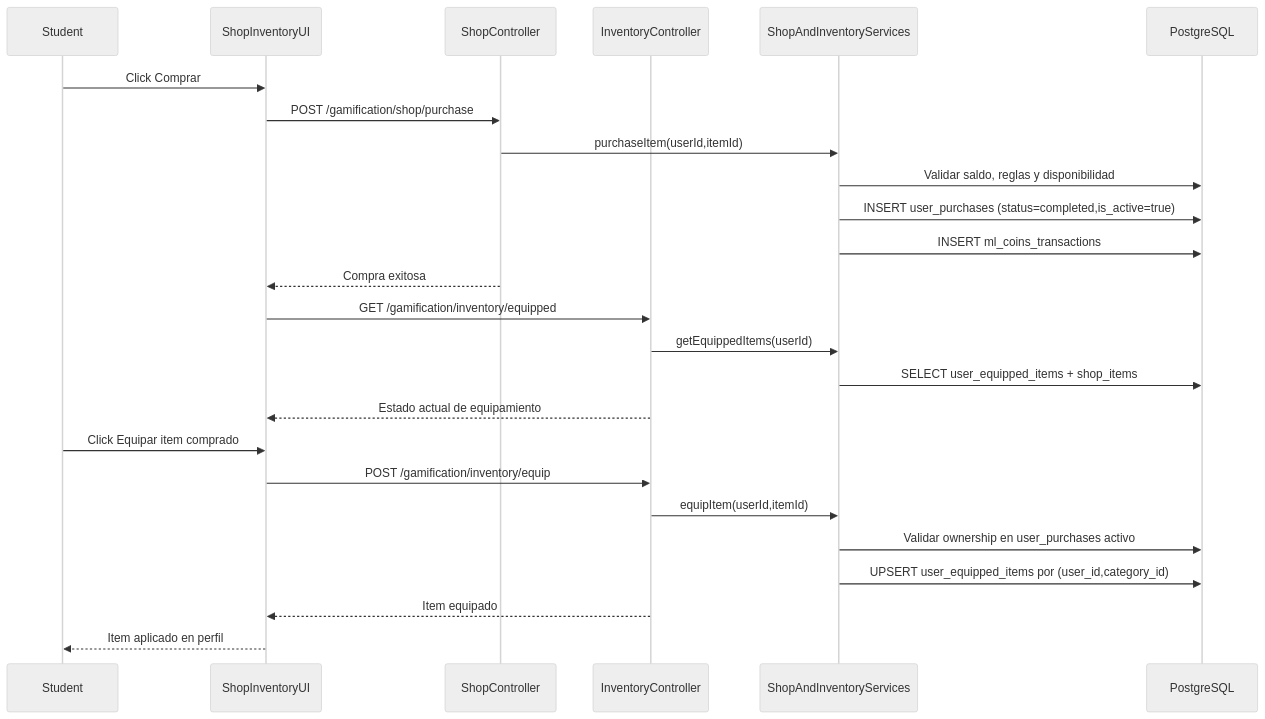
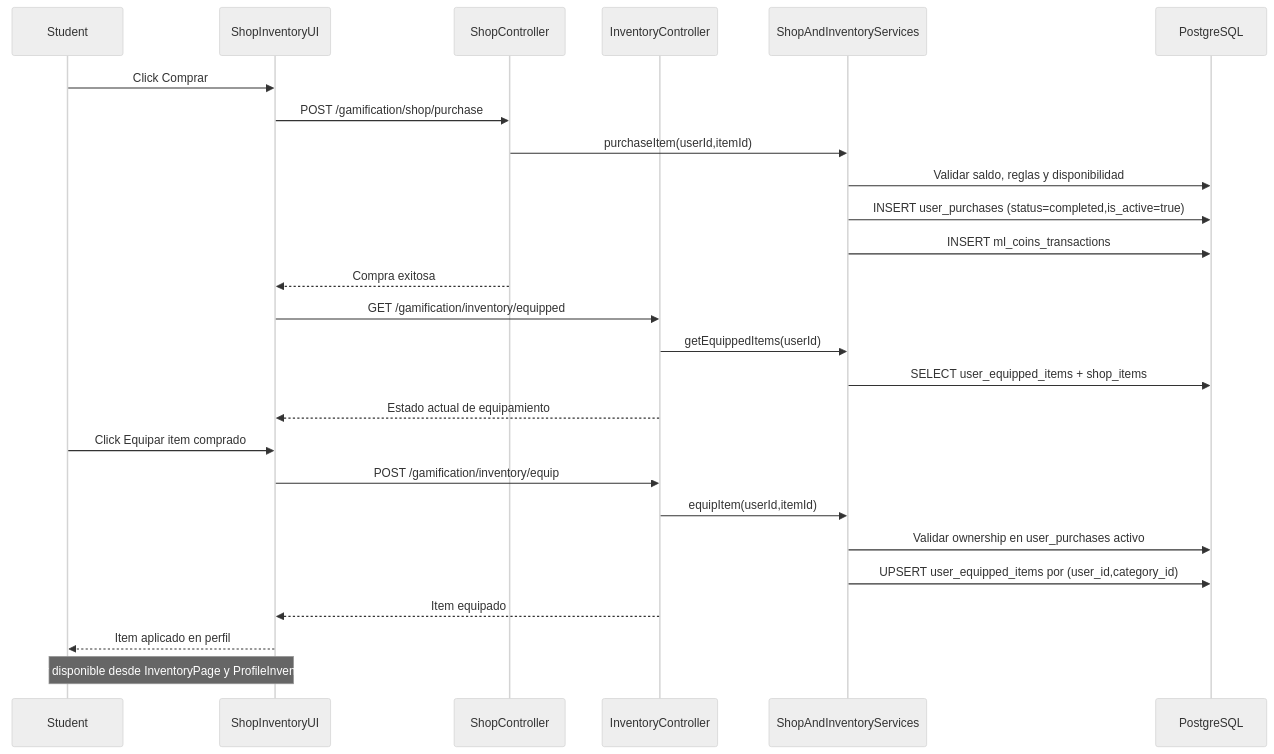
Before and after one commit to rckrdmrd/gamilit-workspace: the first of 2 diagrams in docs/30-ux-ui/flujos/student/FLUJO-COMPRA-INVENTARIO-EQUIPAR.md, drawn with Mermaid (neutral theme). The commit also changed other lines of this file and 953 other files, not shown here.

````diff
--- a/docs/30-ux-ui/flujos/student/FLUJO-COMPRA-INVENTARIO-EQUIPAR.md
+++ b/docs/30-ux-ui/flujos/student/FLUJO-COMPRA-INVENTARIO-EQUIPAR.md
@@ -21,30 +21,32 @@
 ```mermaid
 sequenceDiagram
     participant U as Student
     participant FE as ShopInventoryUI
     participant ShopAPI as ShopController
     participant InvAPI as InventoryController
     participant SVC as ShopAndInventoryServices
     participant DB as PostgreSQL
 
     U->>FE: Click Comprar
     FE->>ShopAPI: POST /gamification/shop/purchase
     ShopAPI->>SVC: purchaseItem(userId,itemId)
     SVC->>DB: Validar saldo, reglas y disponibilidad
     SVC->>DB: INSERT user_purchases (status=completed,is_active=true)
     SVC->>DB: INSERT ml_coins_transactions
     ShopAPI-->>FE: Compra exitosa
 
     FE->>InvAPI: GET /gamification/inventory/equipped
     InvAPI->>SVC: getEquippedItems(userId)
     SVC->>DB: SELECT user_equipped_items + shop_items
     InvAPI-->>FE: Estado actual de equipamiento
 
     U->>FE: Click Equipar item comprado
     FE->>InvAPI: POST /gamification/inventory/equip
     InvAPI->>SVC: equipItem(userId,itemId)
     SVC->>DB: Validar ownership en user_purchases activo
     SVC->>DB: UPSERT user_equipped_items por (user_id,category_id)
     InvAPI-->>FE: Item equipado
     FE-->>U: Item aplicado en perfil
+
+    Note over U,FE: Equipar disponible desde InventoryPage y ProfileInventoryTab
 ```
````
